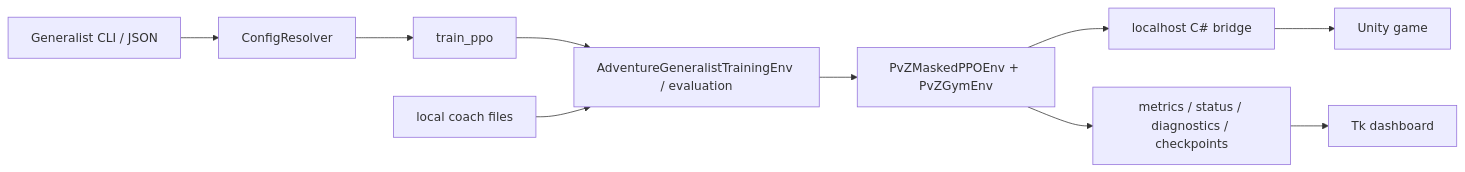
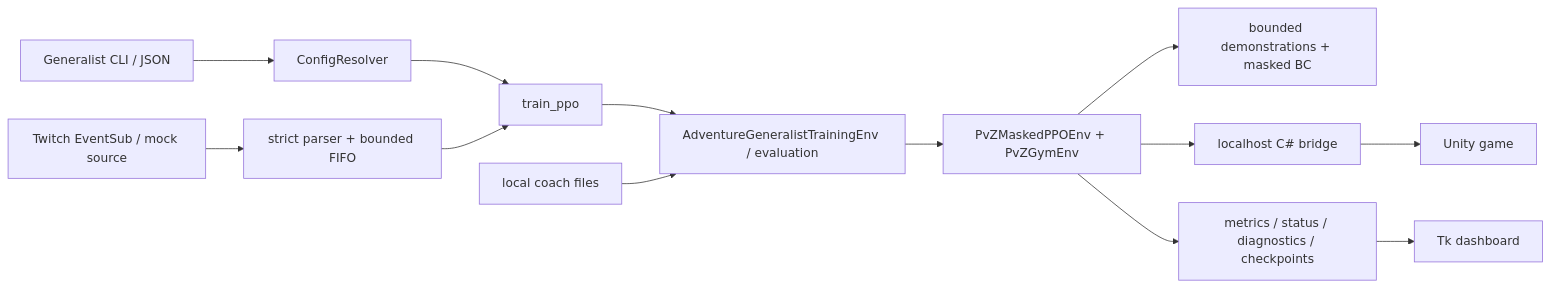
The diagram in README.md (lll11lll/PVZ_RL_AGENT), drawn with Mermaid before and after one commit. The commit also changed other lines of this file and 34 other files, not shown here.

````diff
--- a/README.md
+++ b/README.md
@@ -127,12 +147,15 @@
 ```mermaid
 flowchart LR
     CLI["Generalist CLI / JSON"] --> Resolver["ConfigResolver"]
     Resolver --> Runner["train_ppo"]
+    Twitch["Twitch EventSub / mock source"] --> FIFO["strict parser + bounded FIFO"]
+    FIFO --> Runner
     Runner --> PPO["AdventureGeneralistTrainingEnv / evaluation"]
     PPO --> Env["PvZMaskedPPOEnv + PvZGymEnv"]
+    Env --> Demo["bounded demonstrations + masked BC"]
     Env --> Bridge["localhost C# bridge"]
     Bridge --> Game["Unity game"]
     Env --> Artifacts["metrics / status / diagnostics / checkpoints"]
     Artifacts --> GUI["Tk dashboard"]
     Coach["local coach files"] --> PPO
 ```
````
